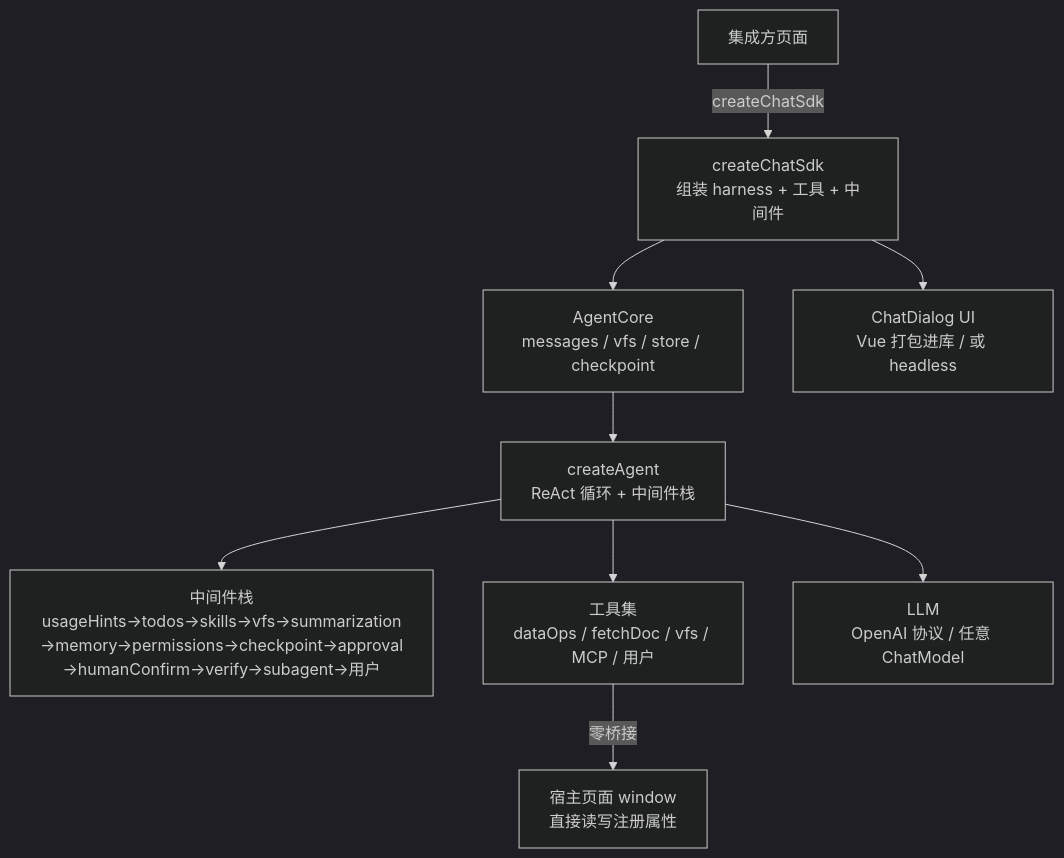
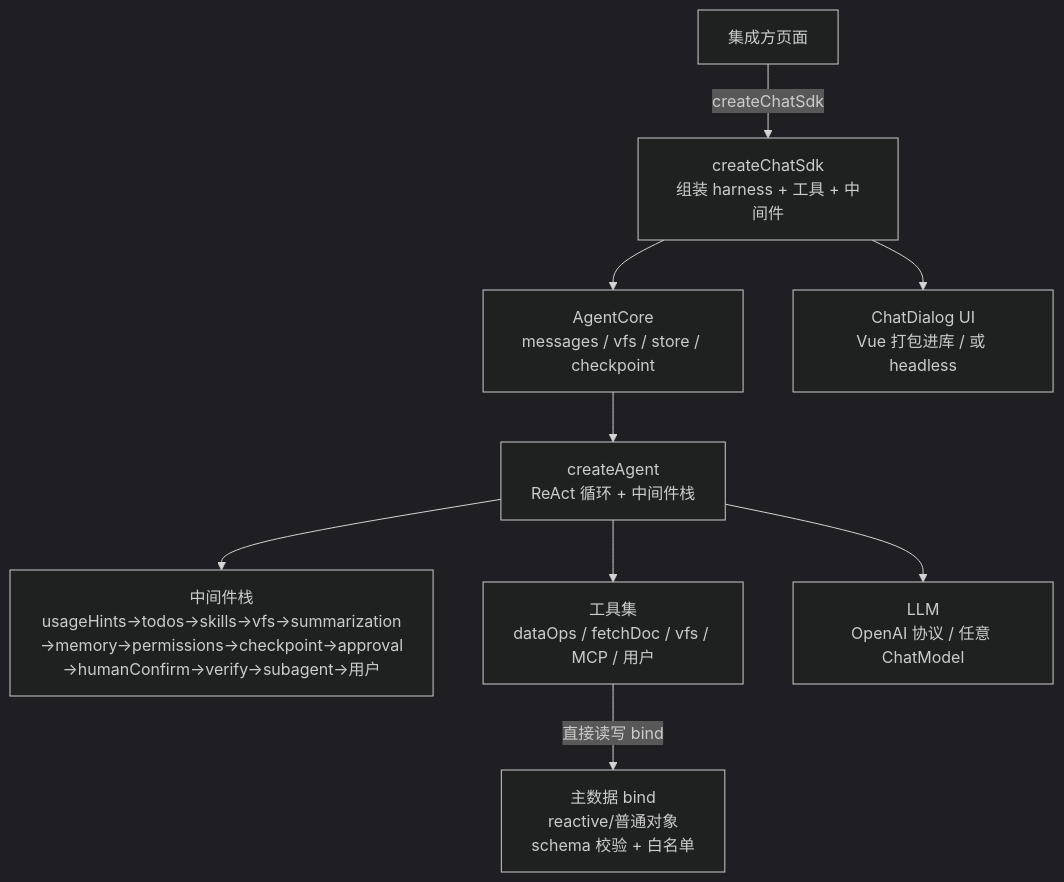
One commit to whyymj/chat-sdk changed the diagram in README.zh-CN.md. Above: the diagram before and after it, drawn with Mermaid (dark theme). The commit also changed other lines of this file and 30 other files, not shown here.

````diff
--- a/README.zh-CN.md
+++ b/README.zh-CN.md
@@ -241,11 +241,11 @@
 ```mermaid
 flowchart TD
     APP[集成方页面] -->|createChatSdk| SDK[createChatSdk<br/>组装 harness + 工具 + 中间件]
     SDK --> CORE[AgentCore<br/>messages / vfs / store / checkpoint]
     CORE --> AGENT[createAgent<br/>ReAct 循环 + 中间件栈]
     AGENT --> MW[中间件栈<br/>usageHints→todos→skills→vfs→summarization<br/>→memory→permissions→checkpoint→approval<br/>→humanConfirm→verify→subagent→用户]
     AGENT --> TOOLS[工具集<br/>dataOps / fetchDoc / vfs / MCP / 用户]
-    TOOLS -->|零桥接| WIN[宿主页面 window<br/>直接读写注册属性]
+    TOOLS -->|直接读写 bind| DATA[主数据 bind<br/>reactive/普通对象<br/>schema 校验 + 白名单]
     AGENT --> LLM[LLM<br/>OpenAI 协议 / 任意 ChatModel]
     SDK --> UI[ChatDialog UI<br/>Vue 打包进库 / 或 headless]
 ```
````
